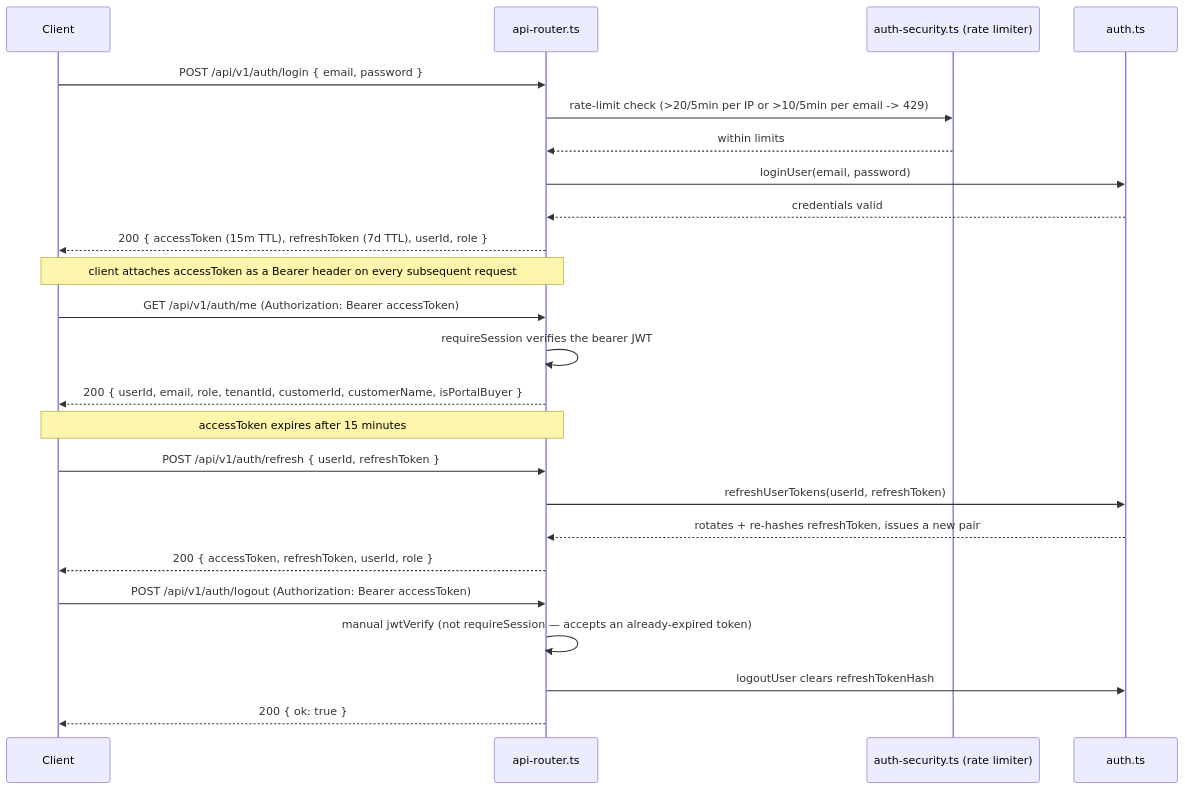
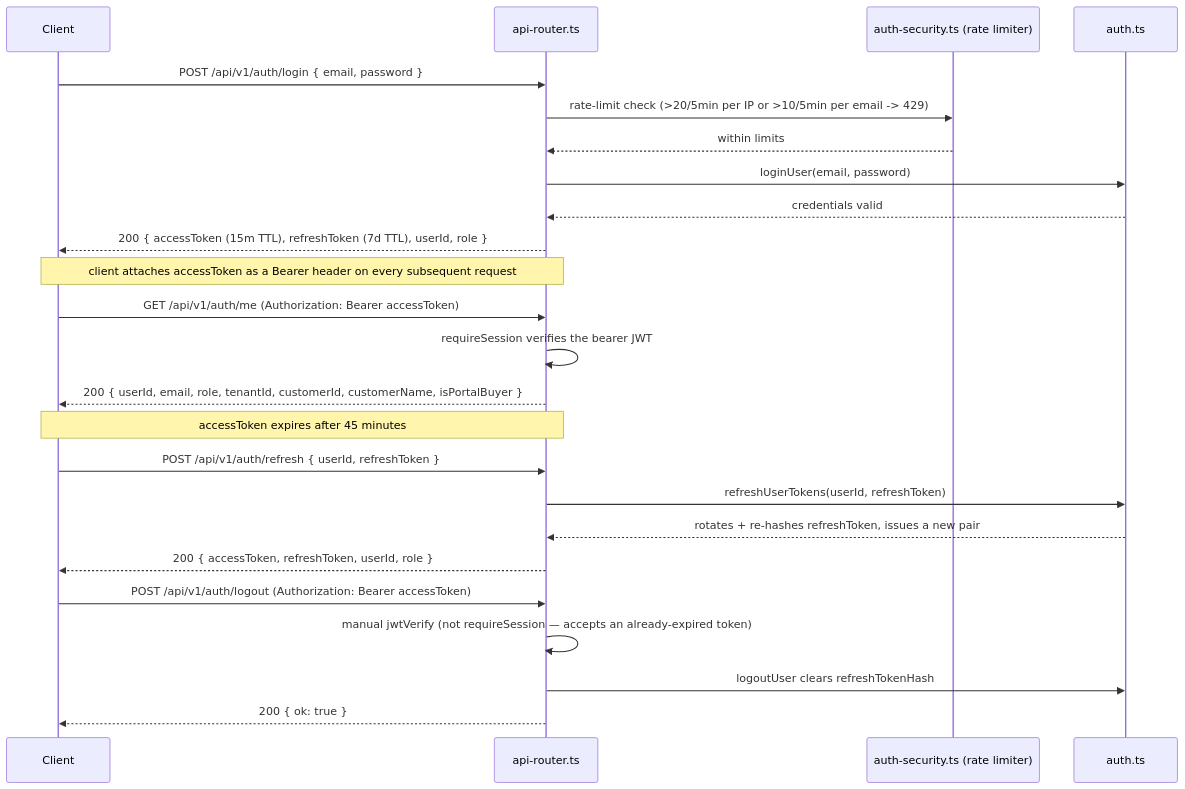
Before and after one commit to nitinbollam/Cosmos: the sixth of 10 diagrams in docs/TESTING_FLOW.md, drawn with Mermaid. The commit also changed other lines of this file and 56 other files, not shown here.

````diff
--- a/docs/TESTING_FLOW.md
+++ b/docs/TESTING_FLOW.md
@@ -3430,32 +3430,32 @@
 ```mermaid
 sequenceDiagram
     participant C as Client
     participant API as api-router.ts
     participant Sec as auth-security.ts (rate limiter)
     participant Auth as auth.ts
 
     C->>API: POST /api/v1/auth/login { email, password }
     API->>Sec: rate-limit check (>20/5min per IP or >10/5min per email -> 429)
     Sec-->>API: within limits
     API->>Auth: loginUser(email, password)
     Auth-->>API: credentials valid
     API-->>C: 200 { accessToken (15m TTL), refreshToken (7d TTL), userId, role }
 
     Note over C,API: client attaches accessToken as a Bearer header on every subsequent request
 
     C->>API: GET /api/v1/auth/me (Authorization: Bearer accessToken)
     API->>API: requireSession verifies the bearer JWT
     API-->>C: 200 { userId, email, role, tenantId, customerId, customerName, isPortalBuyer }
 
-    Note over C,API: accessToken expires after 15 minutes
+    Note over C,API: accessToken expires after 45 minutes
 
     C->>API: POST /api/v1/auth/refresh { userId, refreshToken }
     API->>Auth: refreshUserTokens(userId, refreshToken)
     Auth-->>API: rotates + re-hashes refreshToken, issues a new pair
     API-->>C: 200 { accessToken, refreshToken, userId, role }
 
     C->>API: POST /api/v1/auth/logout (Authorization: Bearer accessToken)
     API->>API: manual jwtVerify (not requireSession — accepts an already-expired token)
     API->>Auth: logoutUser clears refreshTokenHash
     API-->>C: 200 { ok: true }
 ```
````
